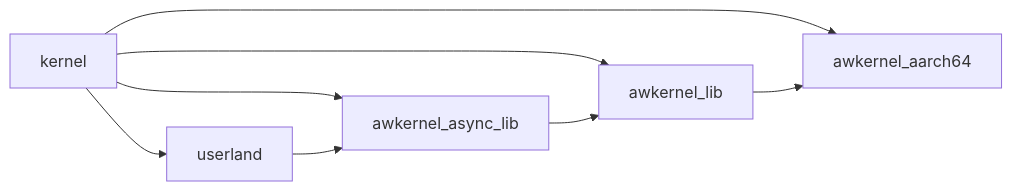
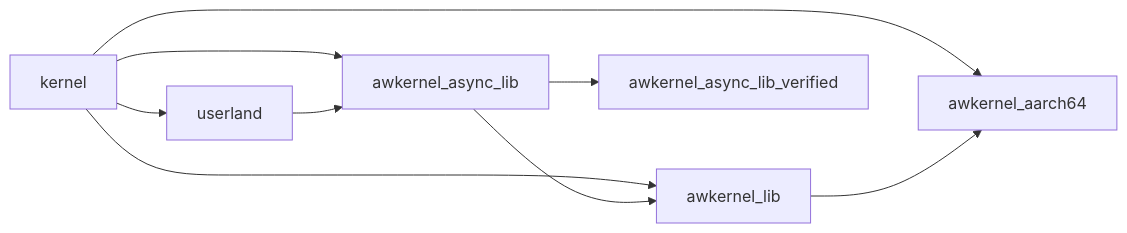
Before and after one commit to tier4/awkernel: the diagram in README.md, drawn with Mermaid. The commit also changed other lines of this file and 9 other files, not shown here.

Commit message:
add awkernel_async_lib_verified for verification

````diff
--- a/README.md
+++ b/README.md
@@ -51,10 +54,11 @@
 ```mermaid
 graph LR;
     kernel-->awkernel_lib;
     kernel-->awkernel_async_lib;
     kernel-->awkernel_aarch64;
     kernel-->userland;
     awkernel_lib-->awkernel_aarch64;
     awkernel_async_lib-->awkernel_lib;
+    awkernel_async_lib-->awkernel_async_lib_verified;
     userland-->awkernel_async_lib;
 ```
````
